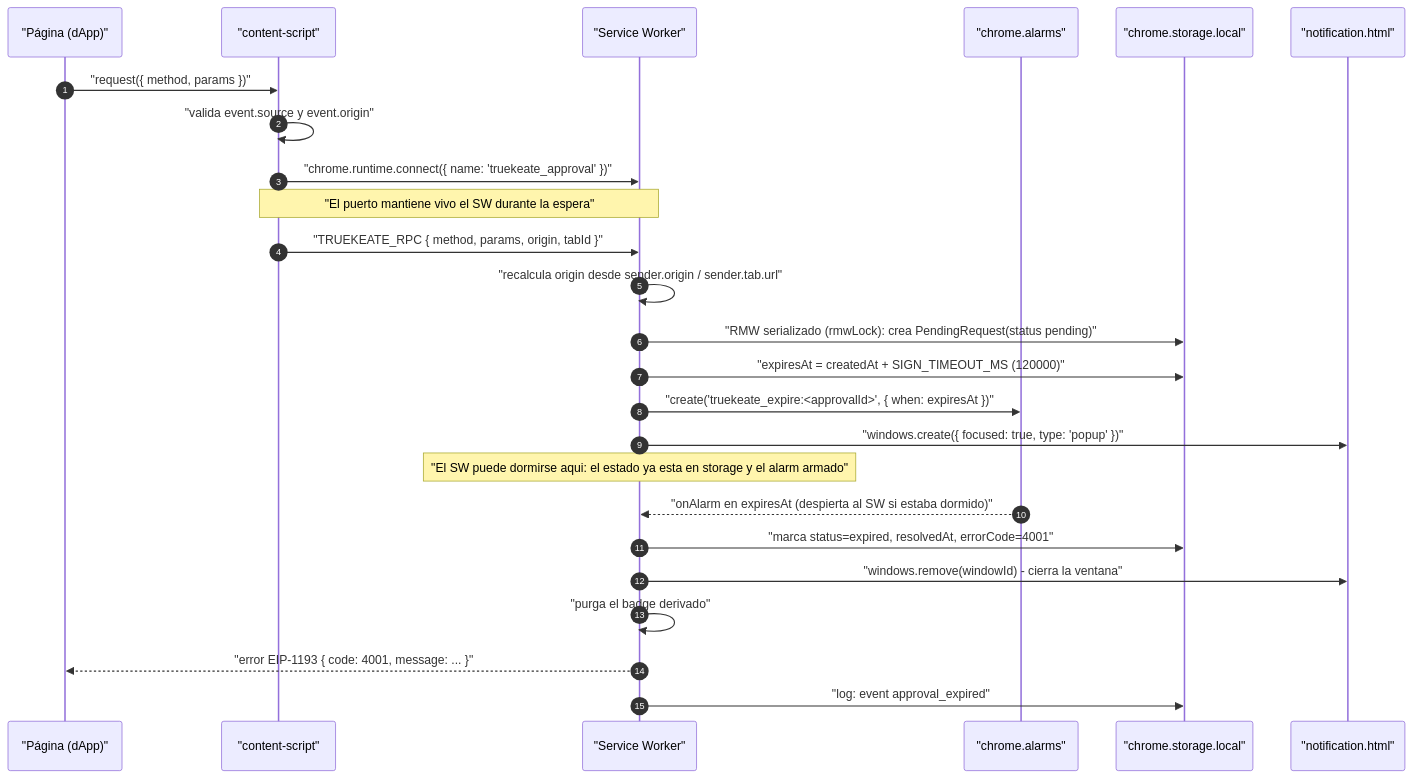
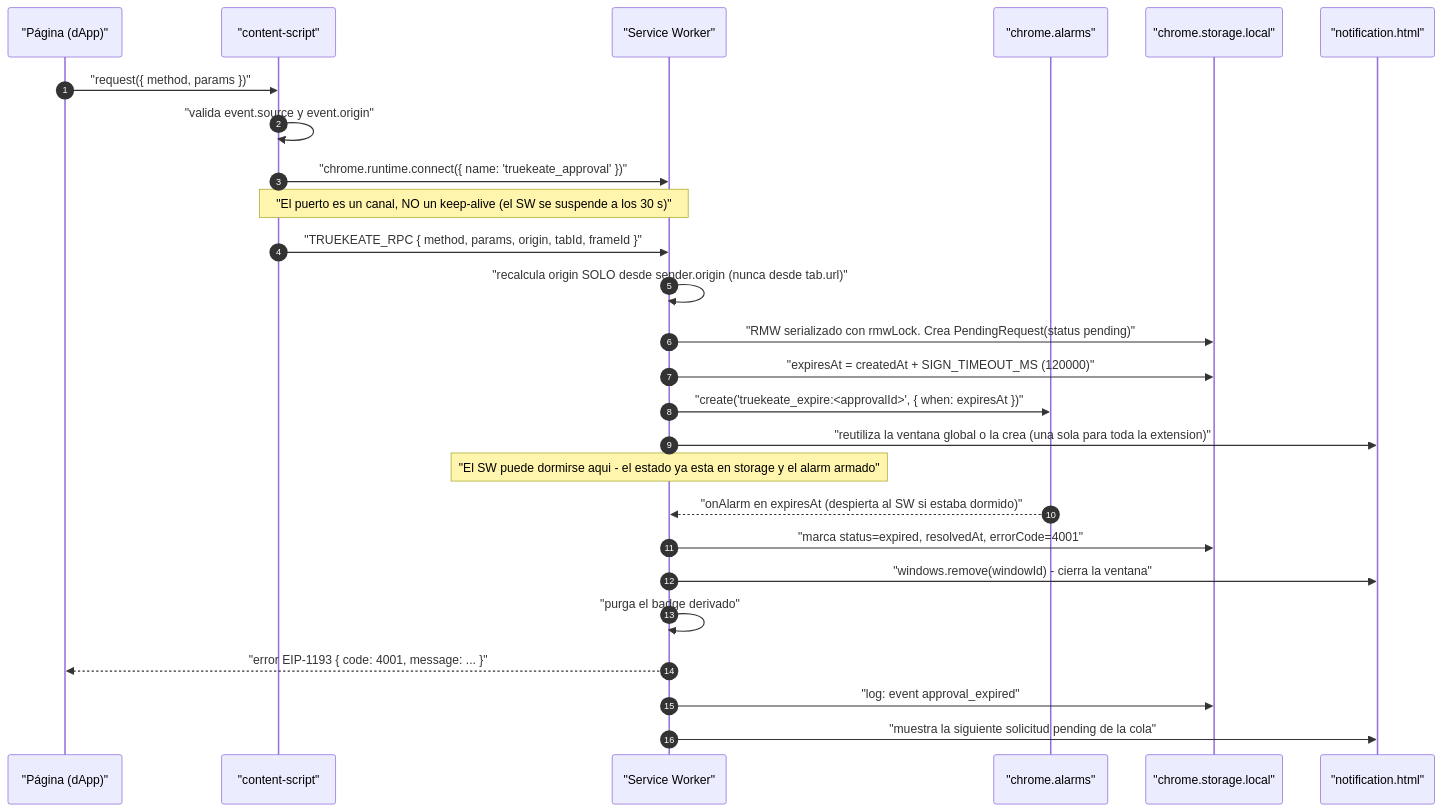
The third of 14 diagrams in RepoTecnico/documento_tecnico.md (anlucorporations/chrome-wallet), drawn with Mermaid before and after one commit. The commit also changed other lines of this file and 7 other files, not shown here.

Commit message:
docs(fase2): auditoria del documento tecnico (33 hallazgos) y su remediacion - build MV3, arnes E2E, RF-50 con portapapeles, origen en iframes, tabla cerrada de selectores, limites de payload/cuota, ventana unica de confirmacion

````diff
--- a/RepoTecnico/documento_tecnico.md
+++ b/RepoTecnico/documento_tecnico.md
@@ -186,28 +193,29 @@
 ```mermaid
 sequenceDiagram
     autonumber
     participant PG as "Página (dApp)"
     participant CS as "content-script"
     participant SW as "Service Worker"
     participant AL as "chrome.alarms"
     participant ST as "chrome.storage.local"
     participant NW as "notification.html"
 
     PG->>CS: "request({ method, params })"
     CS->>CS: "valida event.source y event.origin"
     CS->>SW: "chrome.runtime.connect({ name: 'truekeate_approval' })"
-    Note over CS,SW: "El puerto mantiene vivo el SW durante la espera"
-    CS->>SW: "TRUEKEATE_RPC { method, params, origin, tabId }"
-    SW->>SW: "recalcula origin desde sender.origin / sender.tab.url"
-    SW->>ST: "RMW serializado (rmwLock): crea PendingRequest(status pending)"
+    Note over CS,SW: "El puerto es un canal, NO un keep-alive (el SW se suspende a los 30 s)"
+    CS->>SW: "TRUEKEATE_RPC { method, params, origin, tabId, frameId }"
+    SW->>SW: "recalcula origin SOLO desde sender.origin (nunca desde tab.url)"
+    SW->>ST: "RMW serializado con rmwLock. Crea PendingRequest(status pending)"
     SW->>ST: "expiresAt = createdAt + SIGN_TIMEOUT_MS (120000)"
     SW->>AL: "create('truekeate_expire:<approvalId>', { when: expiresAt })"
-    SW->>NW: "windows.create({ focused: true, type: 'popup' })"
-    Note over SW: "El SW puede dormirse aqui: el estado ya esta en storage y el alarm armado"
+    SW->>NW: "reutiliza la ventana global o la crea (una sola para toda la extension)"
+    Note over SW: "El SW puede dormirse aqui - el estado ya esta en storage y el alarm armado"
     AL-->>SW: "onAlarm en expiresAt (despierta al SW si estaba dormido)"
     SW->>ST: "marca status=expired, resolvedAt, errorCode=4001"
     SW->>NW: "windows.remove(windowId) - cierra la ventana"
     SW->>SW: "purga el badge derivado"
     SW-->>PG: "error EIP-1193 { code: 4001, message: ... }"
     SW->>ST: "log: event approval_expired"
+    SW->>NW: "muestra la siguiente solicitud pending de la cola"
 ```
````
